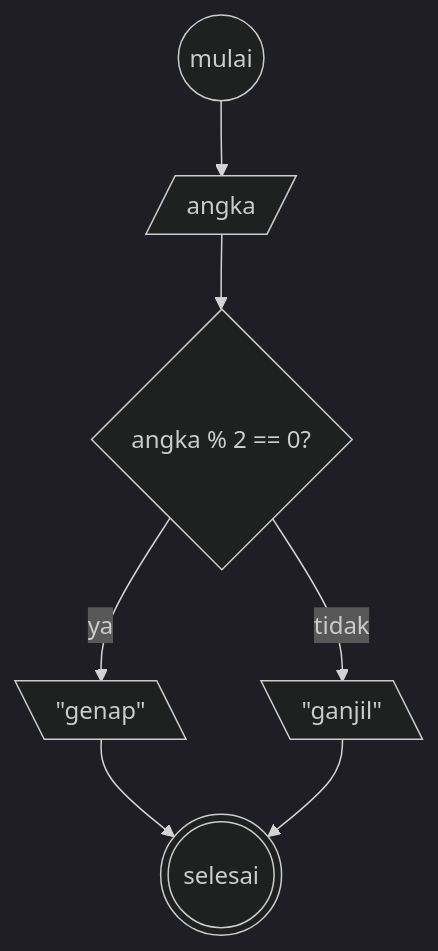
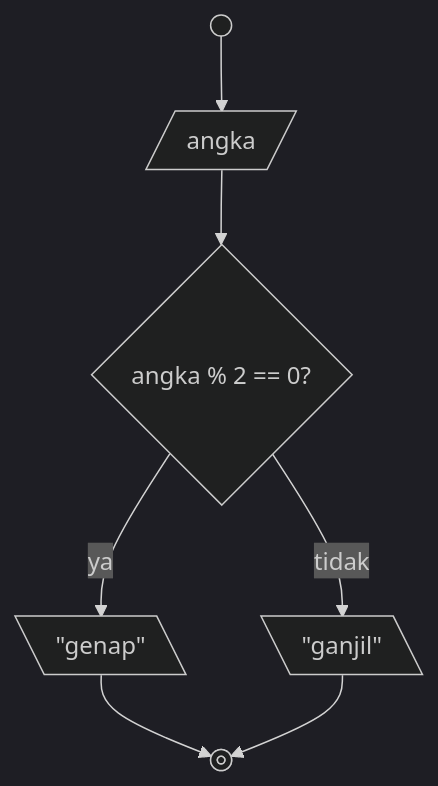
The first of 2 diagrams in README.md (sronnaim/koda-b10-algoritma), drawn with Mermaid (dark theme) before and after one commit. The commit also changed other lines of this file, not shown here.

Commit message:
chore: updated to use start and stop shapes instead

````diff
--- a/README.md
+++ b/README.md
@@ -27,13 +27,13 @@
 ```mermaid
 flowchart TD
-    Start@{ shape: circle, label: mulai }
+    Start@{ shape: start, label: mulai }
     Input@{ shape: lean-r, label: angka }
     Control@{ shape: diamond, label: "angka % 2 == 0?" }
     OutputOdd@{ shape: lean-l, label: "#quot;ganjil#quot;" }
     OutputEven@{ shape: lean-l, label: "#quot;genap#quot;" }
-    End@{ shape: dbl-circ, label: selesai }
+    End@{ shape: stop, label: selesai }
 
     Start --> Input --> Control
     Control --ya--> OutputEven --> End
     Control --tidak--> OutputOdd --> End
 ```
````
